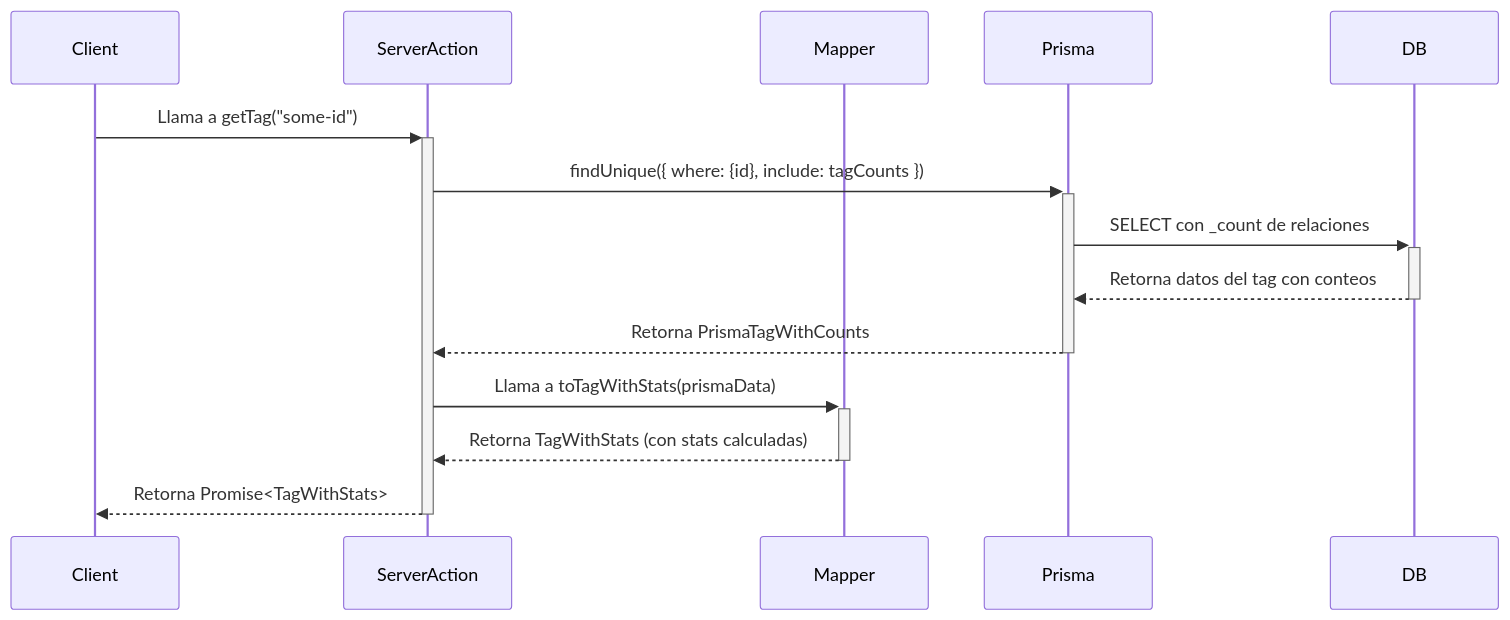
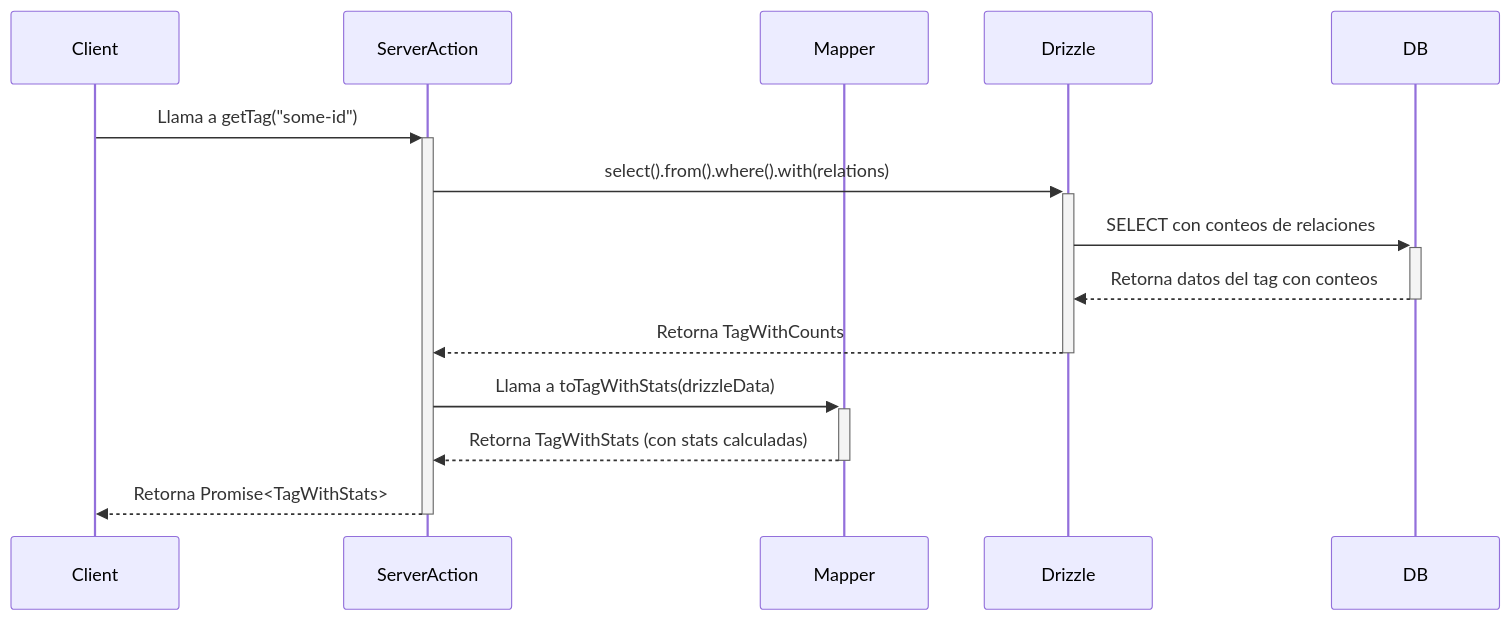
One commit to gvastethecreator/media-manager changed the second of 2 diagrams in src/types/entities/tag/documentation.md. Above: the diagram before and after it, drawn with Mermaid. The commit also changed other lines of this file and 189 other files, not shown here.

````diff
--- a/src/types/entities/tag/documentation.md
+++ b/src/types/entities/tag/documentation.md
@@ -71,17 +68,17 @@
 ```mermaid
 sequenceDiagram
     participant Client
     participant ServerAction
     participant Mapper
-    participant Prisma
+    participant Drizzle
     participant DB
 
     Client->>+ServerAction: Llama a getTag("some-id")
-    ServerAction->>+Prisma: findUnique({ where: {id}, include: tagCounts })
-    Prisma->>+DB: SELECT con _count de relaciones
-    DB-->>-Prisma: Retorna datos del tag con conteos
-    Prisma-->>-ServerAction: Retorna PrismaTagWithCounts
-    ServerAction->>+Mapper: Llama a toTagWithStats(prismaData)
+    ServerAction->>+Drizzle: select().from().where().with(relations)
+    Drizzle->>+DB: SELECT con conteos de relaciones
+    DB-->>-Drizzle: Retorna datos del tag con conteos
+    Drizzle-->>-ServerAction: Retorna TagWithCounts
+    ServerAction->>+Mapper: Llama a toTagWithStats(drizzleData)
     Mapper-->>-ServerAction: Retorna TagWithStats (con stats calculadas)
     ServerAction-->>-Client: Retorna Promise<TagWithStats>
 ```
````
